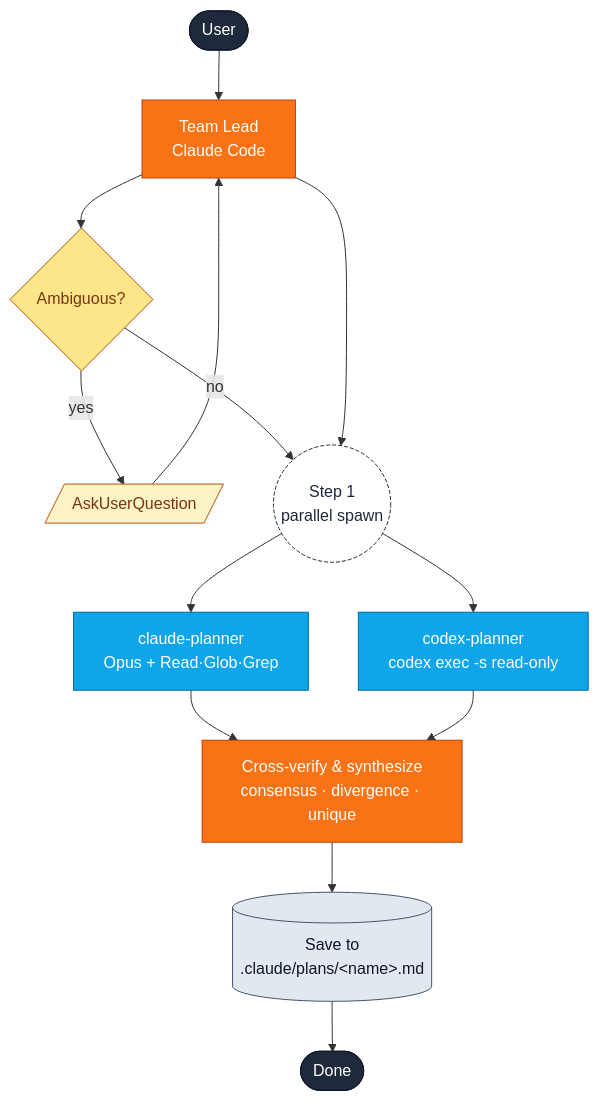
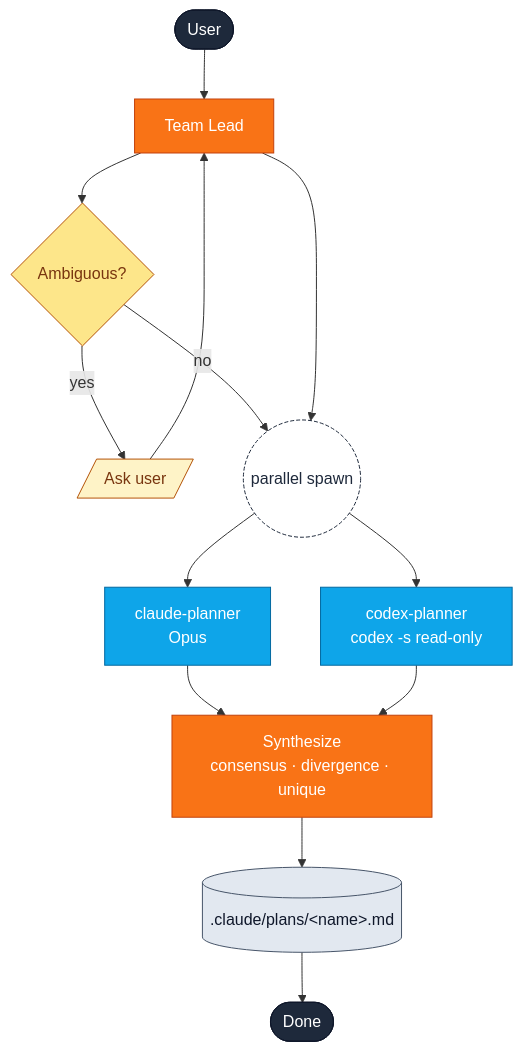
The first of 2 diagrams in docs/skills/cross-plan.md (yunmango/yunmango-claude-plugins), drawn with Mermaid before and after one commit. The commit also changed other lines of this file and 9 other files, not shown here.

First line of the commit message:
docs(site): trim verbose explanations, keep diagrams + tables

````diff
--- a/docs/skills/cross-plan.md
+++ b/docs/skills/cross-plan.md
@@ -25,31 +19,22 @@
 ```mermaid
 flowchart TD
-    User([User]):::actor
-    Lead[Team Lead<br/>Claude Code]:::lead
-    Q{Ambiguous?}:::decision
-    Ask[/AskUserQuestion/]:::io
-    CP[claude-planner<br/>Opus + Read·Glob·Grep]:::agent
-    XP[codex-planner<br/>codex exec -s read-only]:::agent
-    Merge[Cross-verify &amp; synthesize<br/>consensus · divergence · unique]:::lead
-    Save[(Save to<br/>.claude/plans/&lt;name&gt;.md)]:::store
-    Done([Done]):::actor
-
-    User --> Lead
-    Lead --> Q
-    Q -- yes --> Ask --> Lead
-    Q -- no --> Spawn(("Step 1<br/>parallel spawn")):::fork
+    User([User]):::actor --> Lead[Team Lead]:::lead
+    Lead --> Q{Ambiguous?}:::decision
+    Q -- yes --> Ask[/Ask user/]:::io --> Lead
+    Q -- no --> Spawn(("parallel spawn")):::fork
     Lead --> Spawn
-    Spawn --> CP
-    Spawn --> XP
-    CP --> Merge
+    Spawn --> CP[claude-planner<br/>Opus]:::agent
+    Spawn --> XP[codex-planner<br/>codex -s read-only]:::agent
+    CP --> Merge[Synthesize<br/>consensus · divergence · unique]:::lead
     XP --> Merge
-    Merge --> Save --> Done
+    Merge --> Save[(.claude/plans/&lt;name&gt;.md)]:::store
+    Save --> Done([Done]):::actor
 
     classDef actor fill:#1e293b,color:#fff,stroke:#0f172a;
     classDef lead fill:#f97316,color:#fff,stroke:#c2410c;
     classDef agent fill:#0ea5e9,color:#fff,stroke:#0369a1;
     classDef decision fill:#fde68a,color:#78350f,stroke:#b45309;
     classDef io fill:#fef3c7,color:#78350f,stroke:#b45309;
     classDef store fill:#e2e8f0,color:#0f172a,stroke:#475569;
     classDef fork fill:#fff,color:#1e293b,stroke:#1e293b,stroke-dasharray: 4 2;
 ```
````
